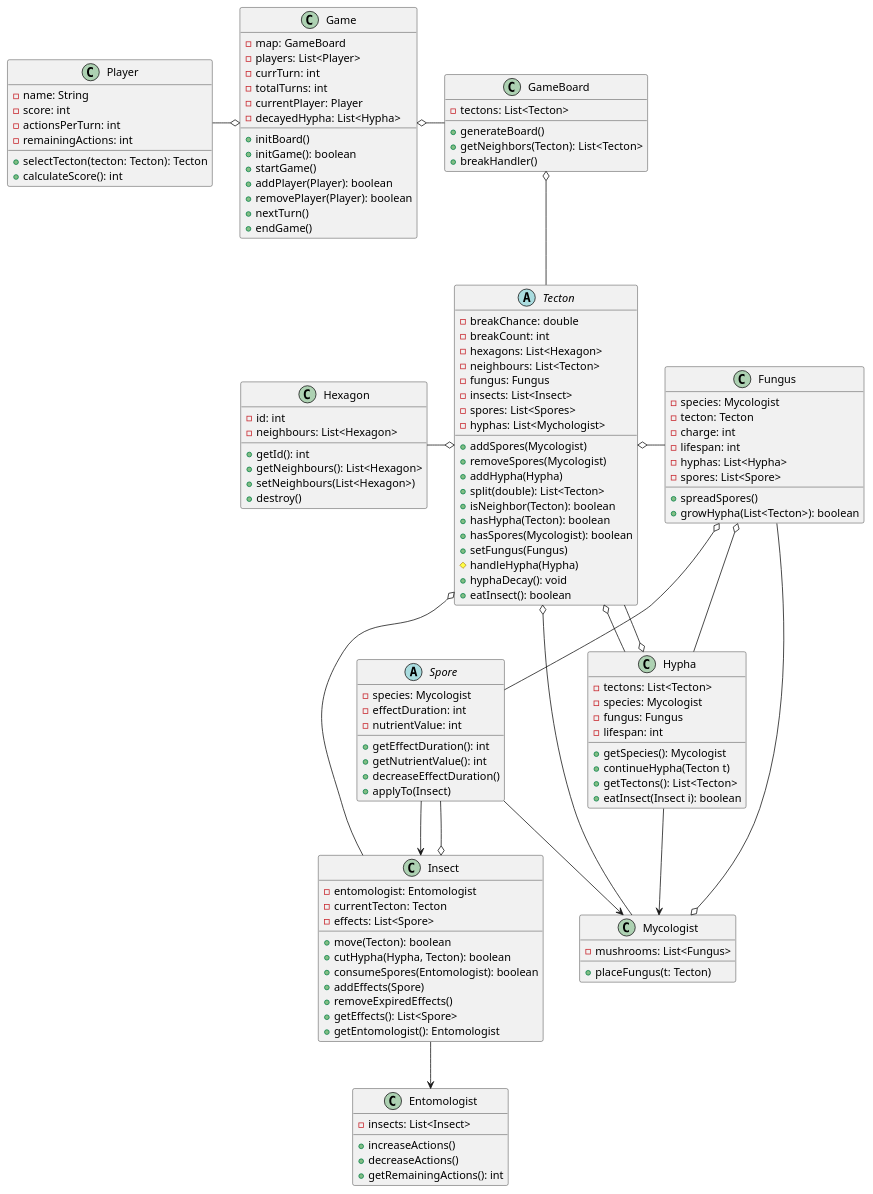
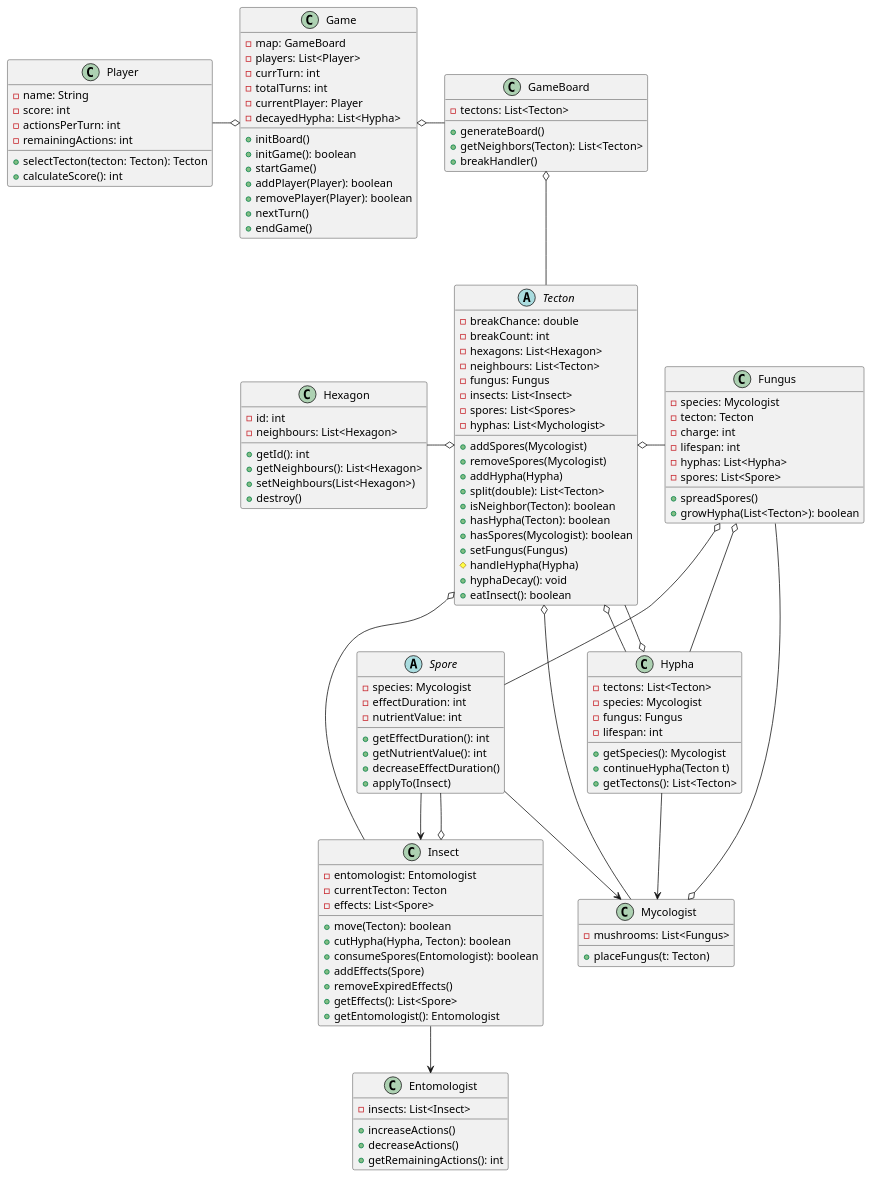
The diagram in docs/Class/classDiag.puml (hujberhunor/SzomiSztegoProjlab), drawn with PlantUML before and after one commit. The commit also changed 3 other files, not shown here.

```diff
--- a/docs/Class/classDiag.puml
+++ b/docs/Class/classDiag.puml
@@ -1,150 +1,149 @@
 @startuml
 
 ' NEM SZEREPELNEK BENNE A LESZÁRMAZOTTAK HOGY ÁTLÁTHATÓBB LEGYEN '
 ' --> : használja, de nem tartalmazza '
 ' ===== Alap játékosok és szereplők =====
 class Player {
     - name: String
     - score: int
     - actionsPerTurn: int
     - remainingActions: int
     + selectTecton(tecton: Tecton): Tecton
     + calculateScore(): int
 }
 
 class Entomologist {
     - insects: List<Insect>
     + increaseActions()
     + decreaseActions()
     + getRemainingActions(): int
 }
 
 class Mycologist {
     - mushrooms: List<Fungus>
     + placeFungus(t: Tecton)
 }
 
 ' ===== Térképelemek és logika =====
 abstract class Tecton {
     - breakChance: double
     - breakCount: int
     - hexagons: List<Hexagon>
     - neighbours: List<Tecton>
     - fungus: Fungus
     - insects: List<Insect>
     - spores: List<Spores>
     - hyphas: List<Mychologist>
     + addSpores(Mycologist)
     + removeSpores(Mycologist)
     + addHypha(Hypha)
     + split(double): List<Tecton>
     + isNeighbor(Tecton): boolean
     + hasHypha(Tecton): boolean
     + hasSpores(Mycologist): boolean
     + setFungus(Fungus)
     # handleHypha(Hypha)
     + hyphaDecay(): void
     + eatInsect(): boolean
 }
 
 class Hexagon {
     - id: int
     - neighbours: List<Hexagon>
     + getId(): int
     + getNeighbours(): List<Hexagon>
     + setNeighbours(List<Hexagon>)
     + destroy()
 }
 
 class Hypha {
     - tectons: List<Tecton>
     - species: Mycologist
     - fungus: Fungus
     - lifespan: int 
     + getSpecies(): Mycologist
     + continueHypha(Tecton t)
     + getTectons(): List<Tecton>
-    + eatInsect(Insect i): boolean
 }
 
 class Fungus {
     - species: Mycologist
     - tecton: Tecton
     - charge: int
     - lifespan: int
     - hyphas: List<Hypha>
     - spores: List<Spore>
     + spreadSpores()
     + growHypha(List<Tecton>): boolean
 }
 
 ' ===== Spórák és hatásaik =====
 abstract class Spore {
     - species: Mycologist
     - effectDuration: int
     - nutrientValue: int
     + getEffectDuration(): int
     + getNutrientValue(): int
     + decreaseEffectDuration()
     + applyTo(Insect)
 }
 
 ' ===== Insect logika =====
 class Insect {
     - entomologist: Entomologist
     - currentTecton: Tecton
     - effects: List<Spore>
     + move(Tecton): boolean
     + cutHypha(Hypha, Tecton): boolean
     + consumeSpores(Entomologist): boolean
     + addEffects(Spore)
     + removeExpiredEffects()
     + getEffects(): List<Spore>
     + getEntomologist(): Entomologist
 }
 
 ' ===== Game engine =====
 class GameBoard {
     - tectons: List<Tecton>
     + generateBoard()
     + getNeighbors(Tecton): List<Tecton>
     + breakHandler()
 }
 
 class Game {
     - map: GameBoard
     - players: List<Player>
     - currTurn: int
     - totalTurns: int
     - currentPlayer: Player
     - decayedHypha: List<Hypha>
     + initBoard()
     + initGame(): boolean
     + startGame()
     + addPlayer(Player): boolean
     + removePlayer(Player): boolean
     + nextTurn()
     + endGame()
 }
 
 ' ===== Kapcsolatok =====
 Game o-r- GameBoard
 Game o-l- Player
 GameBoard o-- Tecton
 Tecton o-l- Hexagon
 Tecton o-- Hypha
 Tecton o-- Insect
 Tecton o-r- Fungus
 Tecton o-- Mycologist
 Insect o-- Spore
 Insect --> Entomologist
 Mycologist o-- Fungus
 Fungus o-- Hypha
 Fungus o-- Spore
 Spore --> Insect
 Spore --> Mycologist
 Hypha o-- Tecton
 Hypha --> Mycologist
 
 
 @enduml
```
